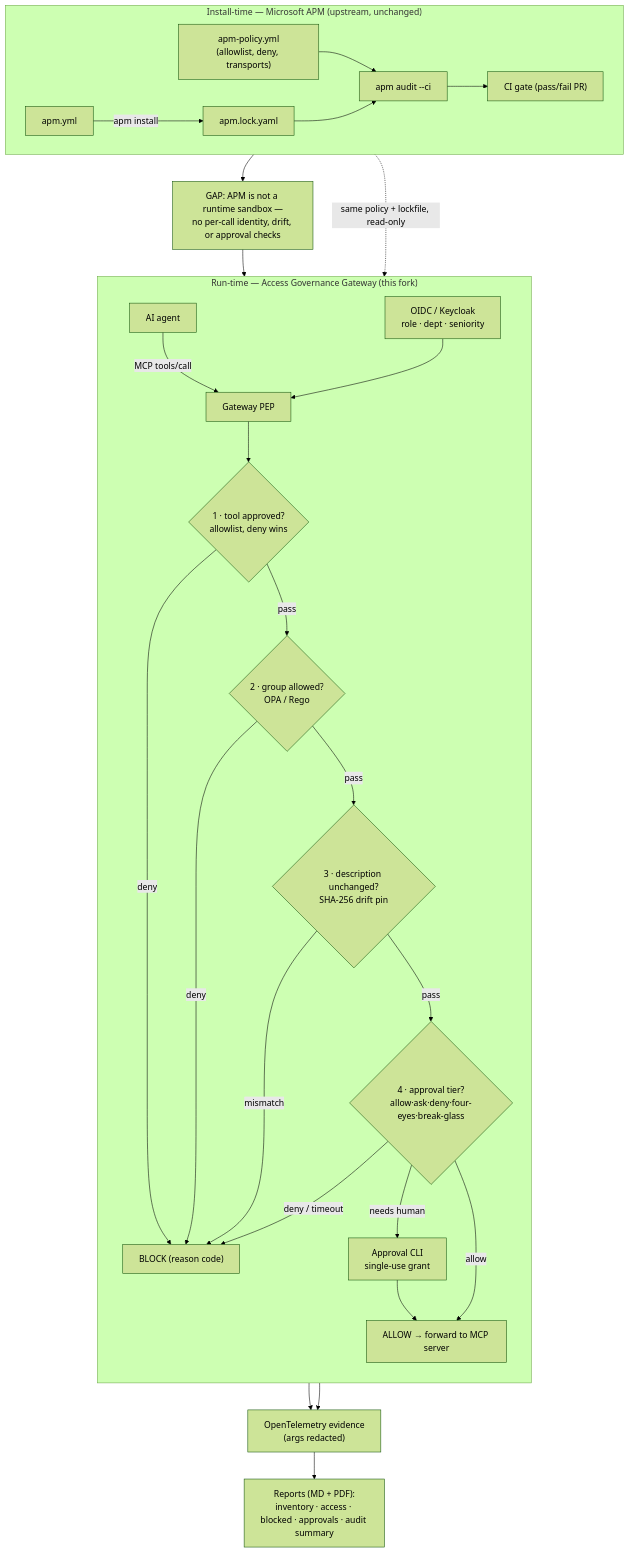
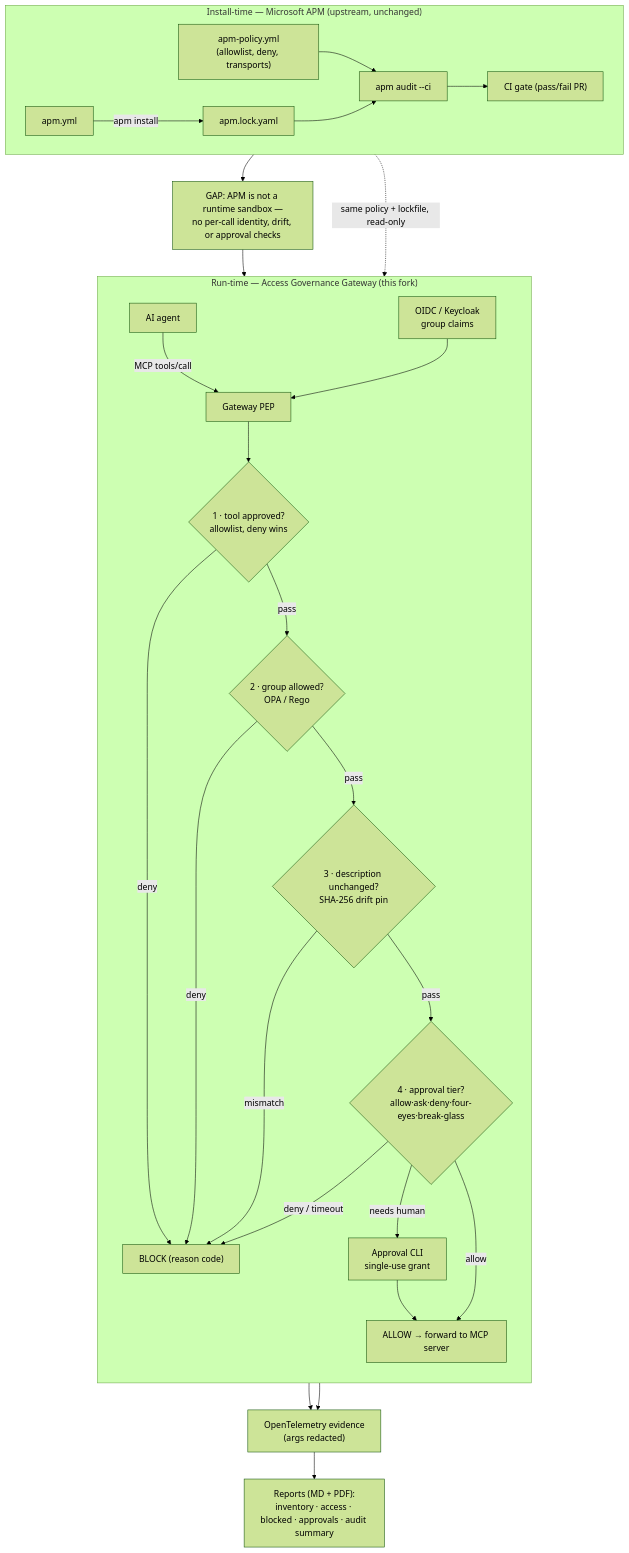
The diagram in README.md (Mirmansoorahmed/agent-access-governance-gateway), drawn with Mermaid (forest theme) before and after one commit. The commit also changed other lines of this file and 3 other files, not shown here.

````diff
--- a/README.md
+++ b/README.md
@@ -47,37 +46,37 @@
 ```mermaid
 flowchart TB
   subgraph APM["Install-time — Microsoft APM (upstream, unchanged)"]
     direction LR
     manifest["apm.yml"] -->|apm install| lock["apm.lock.yaml"]
     policy["apm-policy.yml<br/>(allowlist, deny, transports)"] --> audit["apm audit --ci"]
     lock --> audit
     audit --> cigate["CI gate (pass/fail PR)"]
   end
 
   gap["GAP: APM is not a runtime sandbox —<br/>no per-call identity, drift, or approval checks"]
   APM --> gap
 
   subgraph FORK["Run-time — Access Governance Gateway (this fork)"]
     direction TB
     agent["AI agent"] -->|MCP tools/call| pep["Gateway PEP"]
-    oidc["OIDC / Keycloak<br/>role · dept · seniority"] --> pep
+    oidc["OIDC / Keycloak<br/>group claims"] --> pep
     policy -. same policy + lockfile, read-only .-> pep
     pep --> c1{"1 · tool approved?<br/>allowlist, deny wins"}
     c1 -->|deny| blocked["BLOCK (reason code)"]
     c1 -->|pass| c2{"2 · group allowed?<br/>OPA / Rego"}
     c2 -->|deny| blocked
     c2 -->|pass| c3{"3 · description unchanged?<br/>SHA-256 drift pin"}
     c3 -->|mismatch| blocked
     c3 -->|pass| c4{"4 · approval tier?<br/>allow·ask·deny·four-eyes·break-glass"}
     c4 -->|deny / timeout| blocked
     c4 -->|needs human| approve["Approval CLI<br/>single-use grant"]
     approve --> allow["ALLOW → forward to MCP server"]
     c4 -->|allow| allow
   end
 
   gap --> FORK
 
   allow --> otel["OpenTelemetry evidence<br/>(args redacted)"]
   blocked --> otel
   otel --> reports["Reports (MD + PDF):<br/>inventory · access · blocked · approvals · audit summary"]
 ```
````
